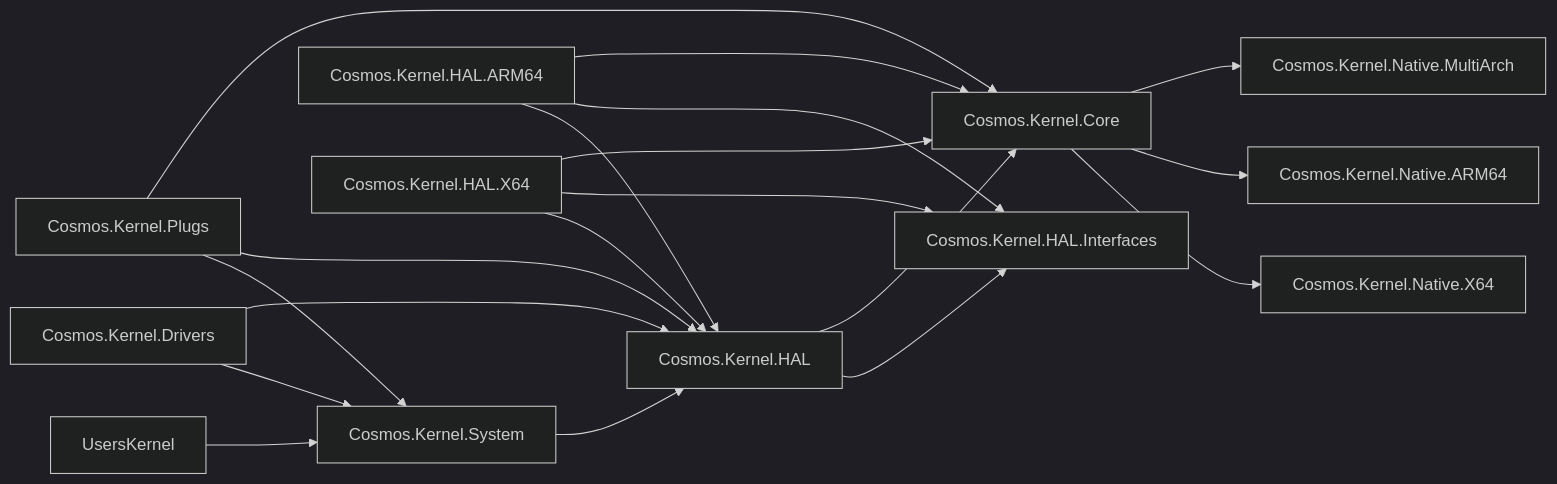
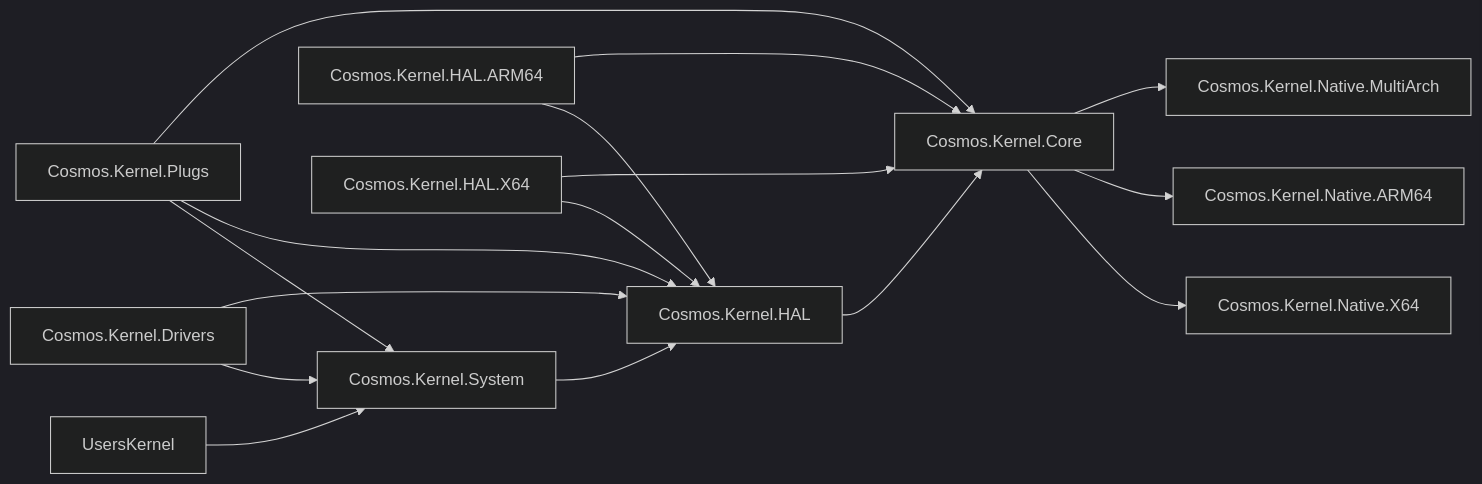
The diagram in docs/articles/dev/kernel-project-layout.md (CosmosOS/Cosmos), drawn with Mermaid (dark theme) before and after one commit. The commit also changed other lines of this file and 120 other files, not shown here.

First line of the commit message:
🚚 Fold Cosmos.Kernel.HAL.Interfaces into the HAL

````diff
--- a/docs/articles/dev/kernel-project-layout.md
+++ b/docs/articles/dev/kernel-project-layout.md
@@ -7,21 +7,18 @@
 ```mermaid
 flowchart LR;
 	UsersKernel-->Cosmos.Kernel.System;
     Cosmos.Kernel.Drivers-->Cosmos.Kernel.System;
     Cosmos.Kernel.Drivers-->Cosmos.Kernel.HAL;
     Cosmos.Kernel.System-->Cosmos.Kernel.HAL;
 	Cosmos.Kernel.Plugs-->Cosmos.Kernel.System;
     Cosmos.Kernel.Plugs-->Cosmos.Kernel.HAL;
     Cosmos.Kernel.Plugs-->Cosmos.Kernel.Core;
-    Cosmos.Kernel.HAL-->Cosmos.Kernel.HAL.Interfaces;
     Cosmos.Kernel.HAL.ARM64-->Cosmos.Kernel.HAL;
     Cosmos.Kernel.HAL.X64-->Cosmos.Kernel.HAL;
-	Cosmos.Kernel.HAL.ARM64-->Cosmos.Kernel.HAL.Interfaces;
-	Cosmos.Kernel.HAL.X64-->Cosmos.Kernel.HAL.Interfaces;
 	Cosmos.Kernel.HAL.ARM64-->Cosmos.Kernel.Core;
 	Cosmos.Kernel.HAL.X64-->Cosmos.Kernel.Core;
 	Cosmos.Kernel.HAL-->Cosmos.Kernel.Core;
     Cosmos.Kernel.Core-->Cosmos.Kernel.Native.X64;
     Cosmos.Kernel.Core-->Cosmos.Kernel.Native.ARM64;
     Cosmos.Kernel.Core-->Cosmos.Kernel.Native.MultiArch;
 ```
````
